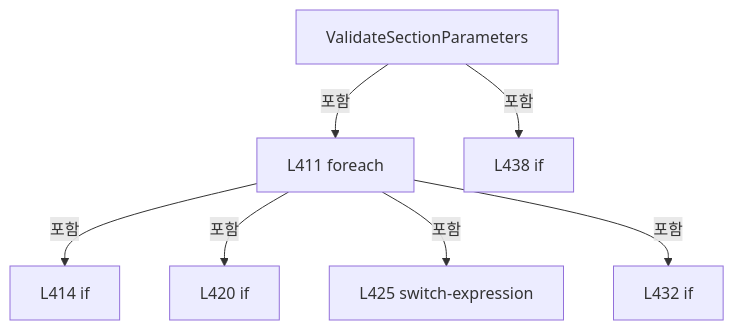
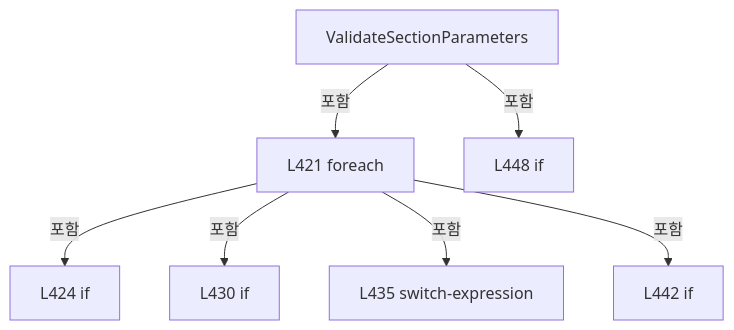
Before and after one commit to kjuws10-rgb/Shared: the ninth of 17 diagrams in A3 LD Code Ref/files/Drilling.File/JHMI/CSettingFile.cs.md, drawn with Mermaid. The commit also changed other lines of this file and 2071 other files, not shown here.

Commit message:
docs(a3): update 11.19.0 architecture and code reference

````diff
--- a/A3 LD Code Ref/files/Drilling.File/JHMI/CSettingFile.cs.md
+++ b/A3 LD Code Ref/files/Drilling.File/JHMI/CSettingFile.cs.md
@@ -1788,16 +1798,16 @@
 ```mermaid
 flowchart TD
  M["ValidateSectionParameters"]
- N0["L411 foreach"]
+ N0["L421 foreach"]
  M -->|포함| N0
- N1["L414 if"]
+ N1["L424 if"]
  N0 -->|포함| N1
- N2["L420 if"]
+ N2["L430 if"]
  N0 -->|포함| N2
- N3["L425 switch-expression"]
+ N3["L435 switch-expression"]
  N0 -->|포함| N3
- N4["L432 if"]
+ N4["L442 if"]
  N0 -->|포함| N4
- N5["L438 if"]
+ N5["L448 if"]
  M -->|포함| N5
 ```
````
